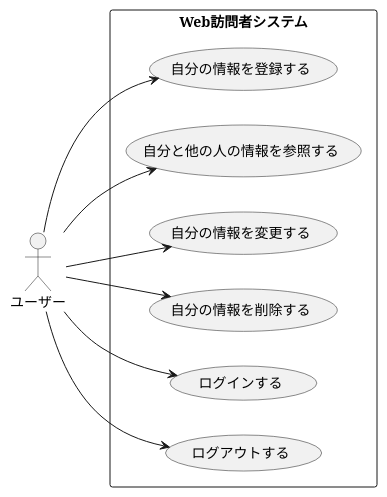
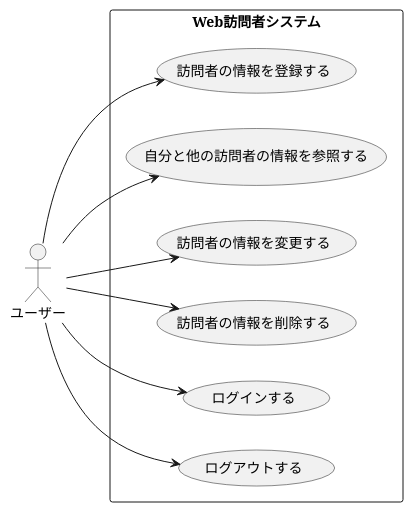
The diagram in group/07_web_visitor/usercase.pu (ogatasyuto/ohara_uml), drawn with PlantUML before and after one commit.

```diff
--- a/group/07_web_visitor/usercase.pu
+++ b/group/07_web_visitor/usercase.pu
@@ -1,21 +1,21 @@
 @startuml Web訪問者システムユースケース図
 left to right direction
 actor ユーザー as U
 
 rectangle Web訪問者システム {
-  usecase "自分の情報を登録する" as UC1
-  usecase "自分と他の人の情報を参照する" as UC2
-  usecase "自分の情報を変更する" as UC3
-  usecase "自分の情報を削除する" as UC4
+  usecase "訪問者の情報を登録する" as UC1
+  usecase "自分と他の訪問者の情報を参照する" as UC2
+  usecase "訪問者の情報を変更する" as UC3
+  usecase "訪問者の情報を削除する" as UC4
   usecase "ログインする" as UC5
   usecase "ログアウトする" as UC6
 }
 
 U --> UC1
 U --> UC2
 U --> UC3
 U --> UC4
 U --> UC5
 U --> UC6
 
 @enduml
```
